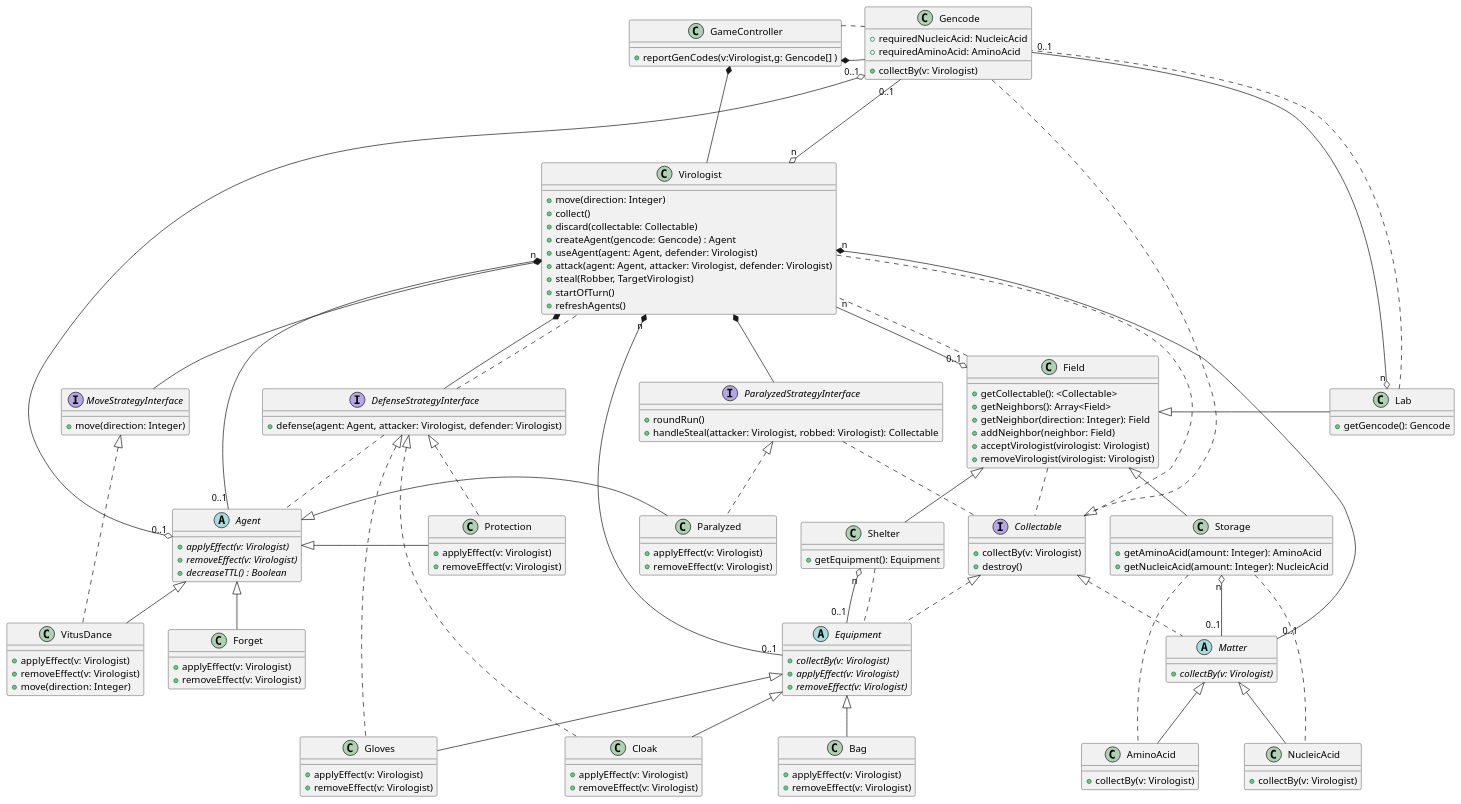
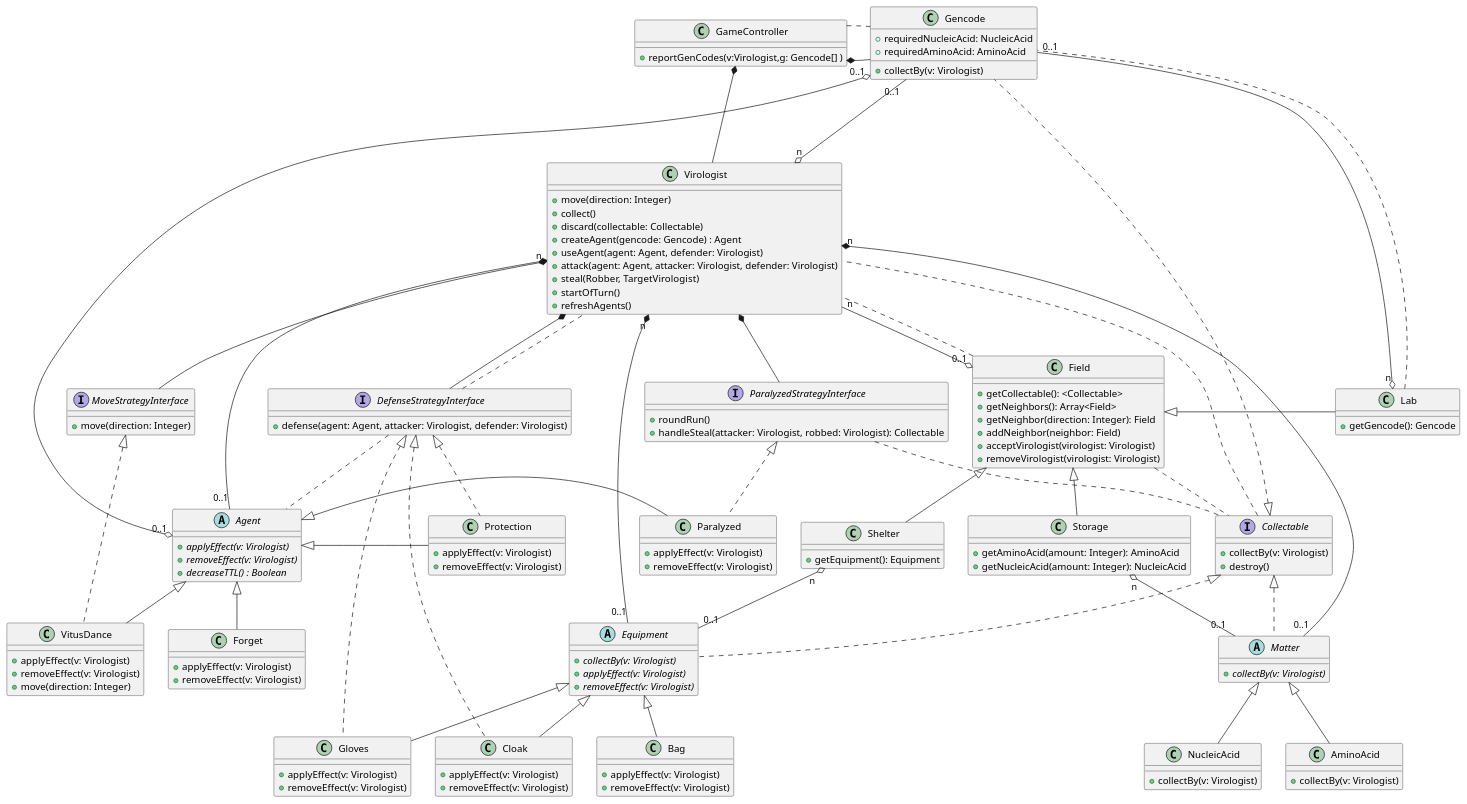
One commit to Projlab-csb/projlab-virologus changed the diagram in class-diagram/main-diagram.puml. Above: the diagram before and after it, drawn with PlantUML.

```diff
--- a/class-diagram/main-diagram.puml
+++ b/class-diagram/main-diagram.puml
@@ -1,193 +1,190 @@
 @startuml
 
 'The class diagram doesn't show implicit getters and setters for fields!
 
 interface ParalyzedStrategyInterface{
     +roundRun()
     +handleSteal(attacker: Virologist, robbed: Virologist): Collectable
 }
 
 interface MoveStrategyInterface{
     +move(direction: Integer)
 }
 
 interface DefenseStrategyInterface{
     +defense(agent: Agent, attacker: Virologist, defender: Virologist)
 }
 
 
 interface Collectable{
     +collectBy(v: Virologist)
     +destroy()
 }
 
 class GameController {
     'Handle the turns, this knows the order of virologists, and calls the appropriate round() functions
     '+endOfTurn(virologist: Virologist)
     'Checks if the virologist won the game
     +reportGenCodes(v:Virologist,g: Gencode[] )
     '+gameOver()
 }
 
 class Field{
     +getCollectable(): <Collectable>
     +getNeighbors(): Array<Field>
     +getNeighbor(direction: Integer): Field
     +addNeighbor(neighbor: Field)
     +acceptVirologist(virologist: Virologist)
     +removeVirologist(virologist: Virologist)
 }
 
 class Lab{
     +getGencode(): Gencode
 }
 
 class Storage{
     +getAminoAcid(amount: Integer): AminoAcid
     +getNucleicAcid(amount: Integer): NucleicAcid
 }
 
 class Shelter{
     '+getEquipmentCount(): Integer
     +getEquipment(): Equipment
 }
 
 class Virologist {
     +move(direction: Integer)
     'In the collect function we can use the this.getField()
     +collect()
     +discard(collectable: Collectable)
     +createAgent(gencode: Gencode) : Agent
     +useAgent(agent: Agent, defender: Virologist)
     +attack(agent: Agent, attacker: Virologist, defender: Virologist)
     +steal(Robber, TargetVirologist)
     +startOfTurn()
     'Iterates over all the Agents in the virologist and calls their decreaseTTL() function
     +refreshAgents()
 }
 
 abstract class Matter {
     {abstract} +collectBy(v: Virologist)
 }
 
 class AminoAcid{
     +collectBy(v: Virologist)
 }
 class NucleicAcid{
     +collectBy(v: Virologist)
 }
 
 abstract class Equipment {
     {abstract} +collectBy(v: Virologist)
     {abstract} +applyEffect(v: Virologist)
     {abstract} +removeEffect(v: Virologist)
 }
 
 class Cloak{
     +applyEffect(v: Virologist)
     +removeEffect(v: Virologist)
 }
 
 class Gloves{
     +applyEffect(v: Virologist)
     +removeEffect(v: Virologist)
 }
 
 class Bag{
     +applyEffect(v: Virologist)
     +removeEffect(v: Virologist)
 }
 
 abstract class Agent{
     {abstract} +applyEffect(v: Virologist)
     {abstract} +removeEffect(v: Virologist)
     'Each agent has a time to live value, and when it reaches 0, it is destroyed
     'The return value means if the agent is still alive
     {abstract} +decreaseTTL() : Boolean
 }
 
 class VitusDance{
     +applyEffect(v: Virologist)
     +removeEffect(v: Virologist)
     +move(direction: Integer)
 }
 
 class Protection{
     +applyEffect(v: Virologist)
     +removeEffect(v: Virologist)
 }
 
 class Paralyzed{
     +applyEffect(v: Virologist)
     +removeEffect(v: Virologist)
 }
 
 class Forget{
     +applyEffect(v: Virologist)
     +removeEffect(v: Virologist)
 }
 
 'This Gencode is basically the crafting receipt of the Agent
 class Gencode {
     +requiredNucleicAcid: NucleicAcid
     + requiredAminoAcid: AminoAcid
     +collectBy(v: Virologist)
 }
 
 GameController *-d Virologist
 GameController *-- Gencode
 
 Field <|- Lab
 Field <|-- Storage
 Field <|-- Shelter
 
 Lab "n" o-- "0..1" Gencode
 Shelter "n" o-- "0..1" Equipment
 Storage "n" o-- "0..1" Matter
 
 Virologist *-r- ParalyzedStrategyInterface
 Virologist *-- MoveStrategyInterface
 Virologist *-- DefenseStrategyInterface
 Virologist "n" --o "0..1" Field
 Virologist "n" *-- "0..1" Agent
 Virologist "n" *-- "0..1" Matter
 Virologist "n" *-- "0..1" Equipment
 Virologist "n" o-u-- "0..1" Gencode
 
 Matter <|-- AminoAcid
 Matter <|-- NucleicAcid
 
 Equipment <|-- Cloak
 Equipment <|-- Gloves
 Equipment <|-- Bag
 
 Agent <|-- VitusDance
 Agent <|- Protection
 Agent <|- Paralyzed
 Agent <|-- Forget
 Agent "0..1" o--o "0..1" Gencode
 
 ParalyzedStrategyInterface <|. Paralyzed
 MoveStrategyInterface <|.. VitusDance
 DefenseStrategyInterface <|.. Protection
 DefenseStrategyInterface <|.. Cloak
 DefenseStrategyInterface <|.. Gloves
 
 Collectable <|. Gencode
 Collectable <|.. Equipment
 Collectable <|. Matter
 
 'Implicit stuff, comment it out for easier readability
 ParalyzedStrategyInterface .. Collectable
 DefenseStrategyInterface .. Agent
 DefenseStrategyInterface .. Virologist
 Collectable .. Virologist
 GameController . Gencode
 Field .. Collectable
 Field .. Virologist
 Lab .. Gencode
-Storage .. AminoAcid
-Storage .. NucleicAcid
-Shelter .. Equipment
 
 @enduml
```
